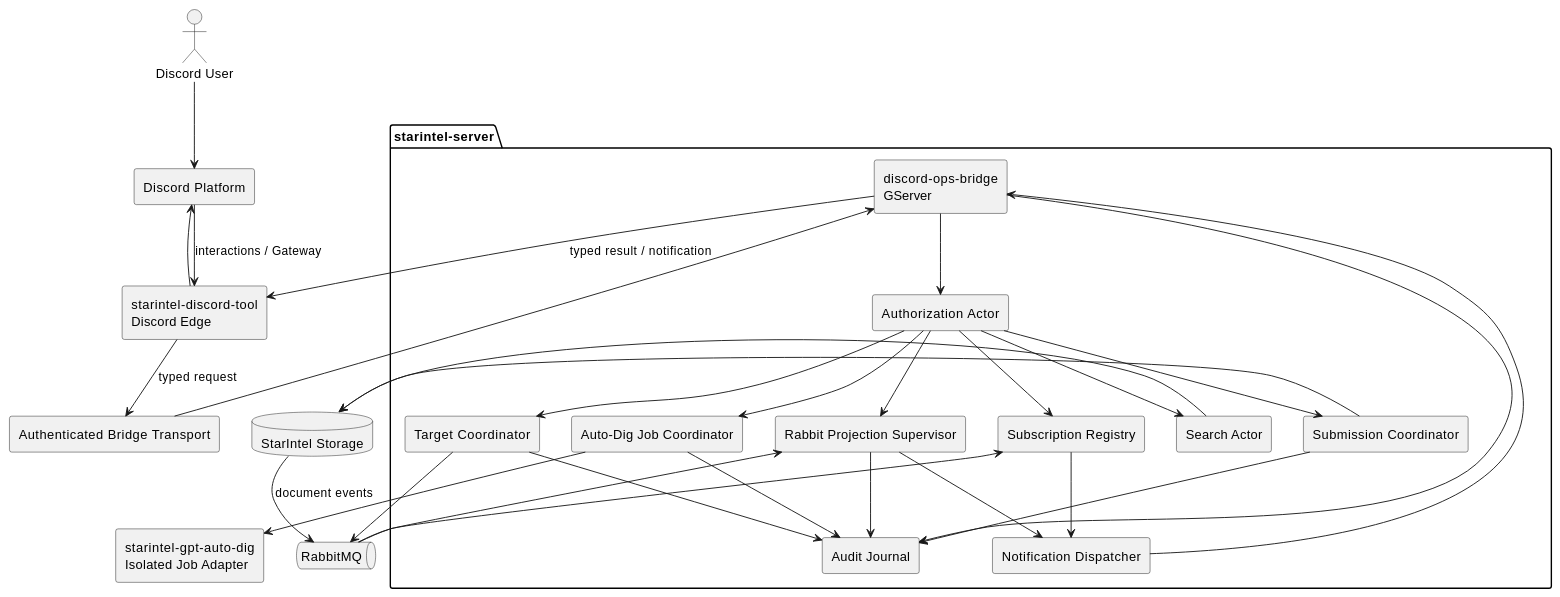
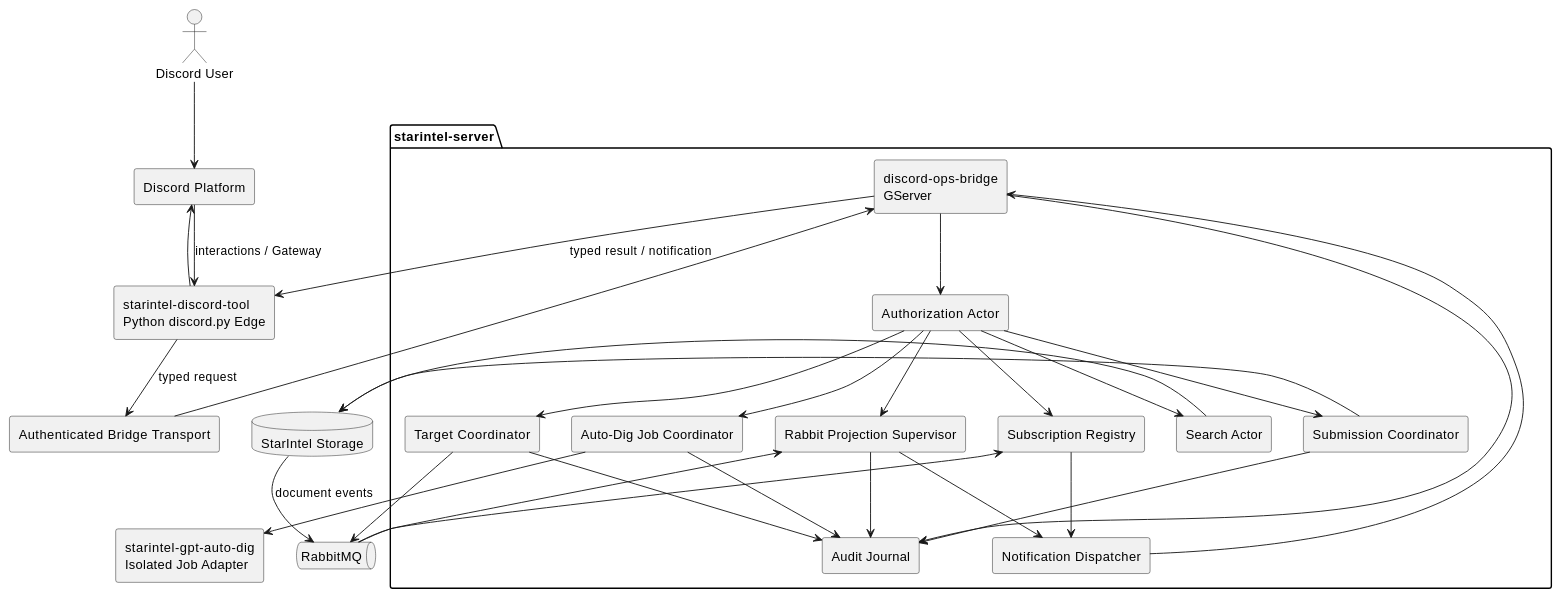
One commit to lost-rob0t/starintel-auto-research changed the first of 4 diagrams in roam/design/starintel-discord-tool/STAR-DISCORD-001-operations-interface-architecture.org. Above: the diagram before and after it, drawn with PlantUML. The commit also changed other lines of this file, not shown here.

Commit message:
design: approve Python Discord operations architecture

```diff
--- a/roam/design/starintel-discord-tool/STAR-DISCORD-001-operations-interface-architecture.org
+++ b/roam/design/starintel-discord-tool/STAR-DISCORD-001-operations-interface-architecture.org
@@ -58,56 +106,56 @@
 #+begin_src plantuml
 @startuml
 skinparam componentStyle rectangle
 
 actor "Discord User" as User
 component "Discord Platform" as Discord
-component "starintel-discord-tool\nDiscord Edge" as Edge
+component "starintel-discord-tool\nPython discord.py Edge" as Edge
 component "Authenticated Bridge Transport" as Transport
 
 package "starintel-server" {
   component "discord-ops-bridge\nGServer" as Bridge
   component "Authorization Actor" as Auth
   component "Search Actor" as Search
   component "Submission Coordinator" as Submit
   component "Target Coordinator" as Target
   component "Auto-Dig Job Coordinator" as Dig
   component "Subscription Registry" as Subs
   component "Rabbit Projection Supervisor" as RabbitProj
   component "Notification Dispatcher" as Notify
   component "Audit Journal" as Audit
 }
 
 database "StarIntel Storage" as Store
 queue "RabbitMQ" as Rabbit
 component "starintel-gpt-auto-dig\nIsolated Job Adapter" as AutoDig
 
 User --> Discord
 Discord --> Edge : interactions / Gateway
 Edge --> Transport : typed request
 Transport --> Bridge
 Bridge --> Auth
 Auth --> Search
 Auth --> Submit
 Auth --> Target
 Auth --> Dig
 Auth --> Subs
 Auth --> RabbitProj
 Search --> Store
 Submit --> Store
 Target --> Rabbit
 Dig --> AutoDig
 Store --> Rabbit : document events
 Rabbit --> RabbitProj
 Rabbit --> Subs
 Subs --> Notify
 RabbitProj --> Notify
 Notify --> Bridge
 Bridge --> Edge : typed result / notification
 Edge --> Discord
 Bridge --> Audit
 Submit --> Audit
 Target --> Audit
 Dig --> Audit
 RabbitProj --> Audit
 @enduml
 #+end_src
```
